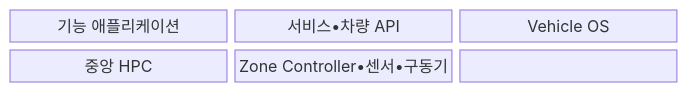
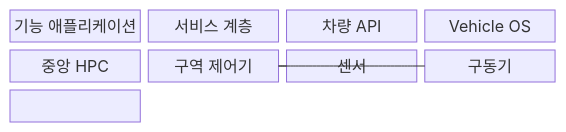
The first of 2 diagrams in src/content/docs/notes/08-latest-tech/204_software_defined_vehicle.md (agnusdei1207/knowledge-base), drawn with Mermaid before and after one commit. The commit also changed other lines of this file and 20 other files, not shown here.

````diff
--- a/src/content/docs/notes/08-latest-tech/204_software_defined_vehicle.md
+++ b/src/content/docs/notes/08-latest-tech/204_software_defined_vehicle.md
@@ -68,11 +75,16 @@
 ```mermaid
 block-beta
-  columns 3
+  columns 4
   N0["기능 애플리케이션"]
-  N1["서비스•차량 API"]
-  N2["Vehicle OS"]
-  N3["중앙 HPC"]
-  N4["Zone Controller•센서•구동기"]
-  N0 --- N1 --- N2
-  N2 --- N3 --- N4
+  N1["서비스 계층"]
+  N2["차량 API"]
+  N3["Vehicle OS"]
+  N4["중앙 HPC"]
+  N5["구역 제어기"]
+  N6["센서"]
+  N7["구동기"]
+  N0 --- N1 --- N2 --- N3
+  N3 --- N4 --- N5
+  N5 --- N6
+  N5 --- N7
 ```
````
